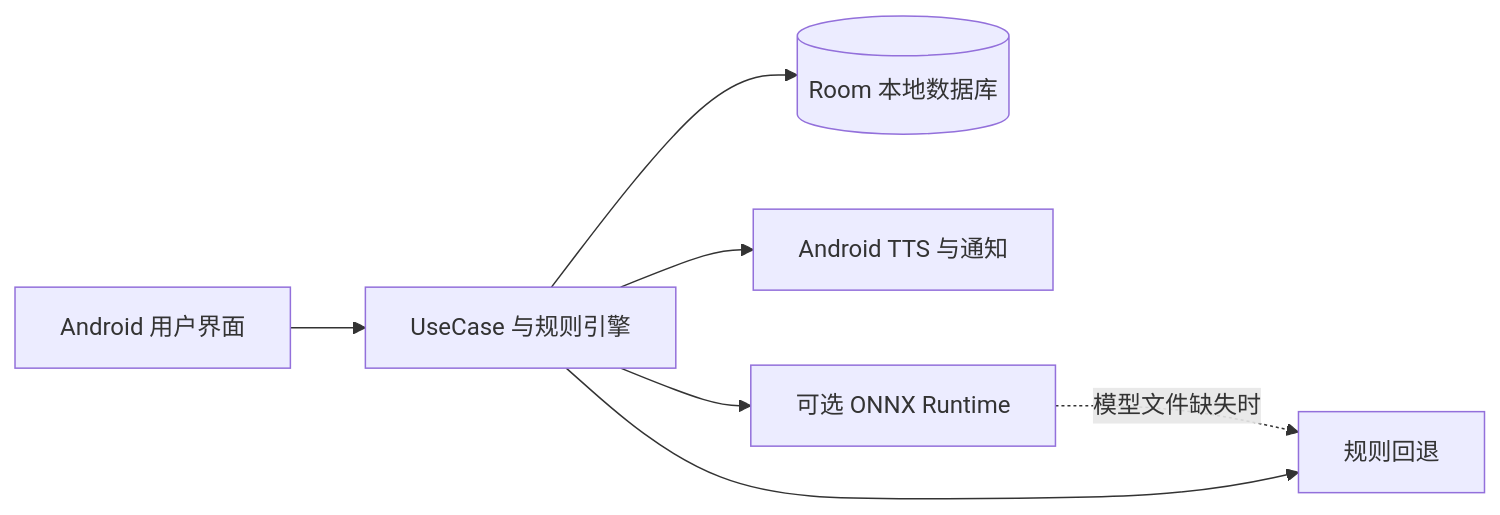
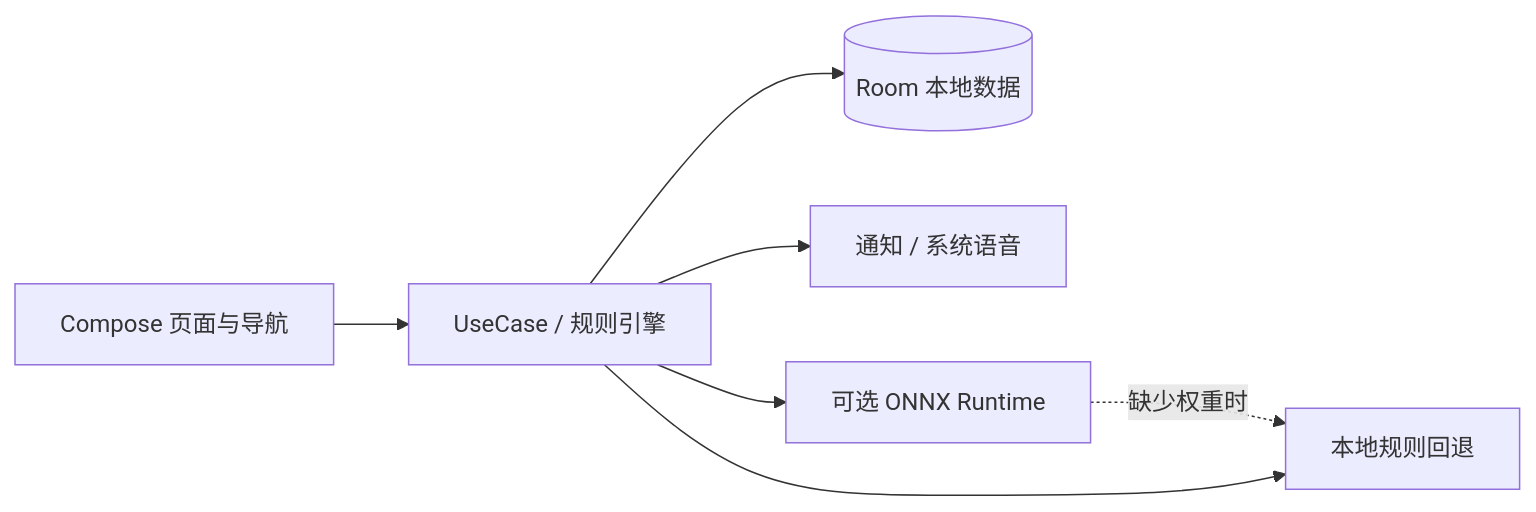
One commit to 1828703450qqcom-ux/silver-shield-guard changed the diagram in README.md. Above: the diagram before and after it, drawn with Mermaid. The commit also changed other lines of this file and 9 other files, not shown here.

````diff
--- a/README.md
+++ b/README.md
@@ -46,9 +66,9 @@
 ```mermaid
 flowchart LR
-    U[Android 用户界面] --> V[UseCase 与规则引擎]
-    V --> DB[(Room 本地数据库)]
-    V --> T[Android TTS 与通知]
-    V --> O[可选 ONNX Runtime]
-    O -. 模型文件缺失时 .-> R[规则回退]
-    V --> R
+    UI[Compose 页面与导航] --> Domain[UseCase / 规则引擎]
+    Domain --> Data[(Room 本地数据)]
+    Domain --> Device[通知 / 系统语音]
+    Domain --> Model[可选 ONNX Runtime]
+    Model -. 缺少权重时 .-> Rules[本地规则回退]
+    Domain --> Rules
 ```
````
